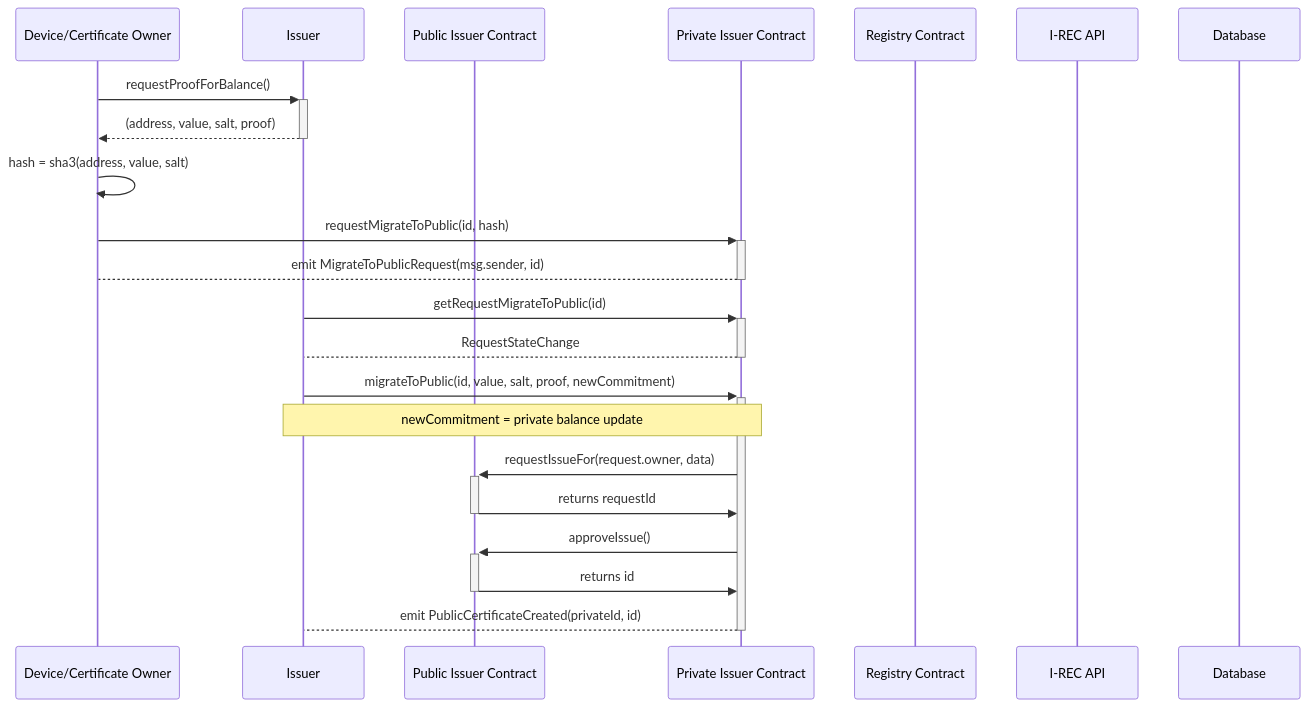
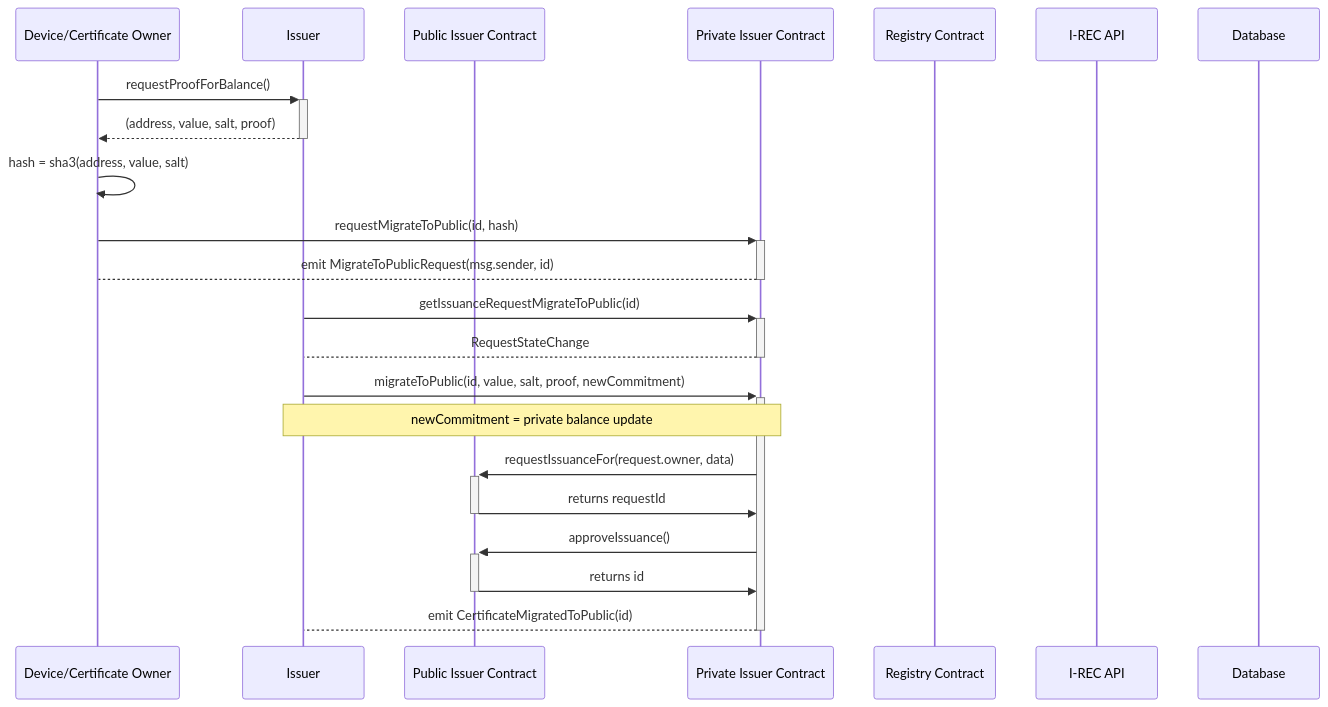
One commit to energywebfoundation/origin changed the fourth of 7 diagrams in packages/issuer/README mermaid.md. Above: the diagram before and after it, drawn with Mermaid. The commit also changed other lines of this file, not shown here.

````diff
--- a/packages/issuer/README mermaid.md
+++ b/packages/issuer/README mermaid.md
@@ -88,28 +74,28 @@
 ```mermaid
 sequenceDiagram
   participant U as Device/Certificate Owner
   participant IS as Issuer
   participant PUB as Public Issuer Contract
   participant I as Private Issuer Contract
   participant R as Registry Contract
   participant A as I-REC API
   participant DB as Database
 
   U->>+IS: requestProofForBalance()
   IS-->>-U: (address, value, salt, proof)
   U->>U: hash = sha3(address, value, salt)
 
   U->>+I: requestMigrateToPublic(id, hash)
   I-->-U: emit MigrateToPublicRequest(msg.sender, id)
 
-  IS->>+I: getRequestMigrateToPublic(id)
+  IS->>+I: getIssuanceRequestMigrateToPublic(id)
   I-->-IS: RequestStateChange
 
   IS->>+I: migrateToPublic(id, value, salt, proof, newCommitment)
   Note over IS,I: newCommitment = private balance update
-  I->>+PUB: requestIssueFor(request.owner, data)
+  I->>+PUB: requestIssuanceFor(request.owner, data)
   PUB->>-I: returns requestId
-  I->>+PUB: approveIssue()
+  I->>+PUB: approveIssuance()
   PUB->>-I: returns id
-  I-->-IS: emit PublicCertificateCreated(privateId, id)
+  I-->-IS: emit CertificateMigratedToPublic(id)
 ```
````
